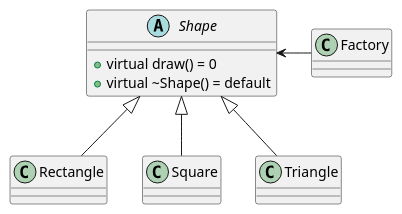
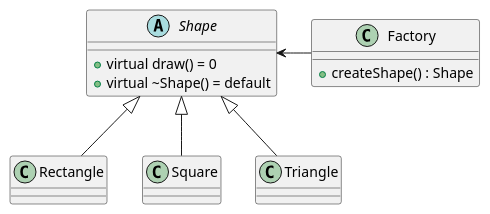
Before and after one commit to singhgaurav1302/DesignPatterns: the diagram in Factory/factory_method.puml, drawn with PlantUML.

```diff
--- a/Factory/factory_method.puml
+++ b/Factory/factory_method.puml
@@ -1,16 +1,19 @@
 @startuml
-class Factory
+class Factory {
+ + createShape() : Shape
+}
+
 abstract Shape {
   + virtual draw() = 0
   + virtual ~Shape() = default
 }
 
 class Rectangle
 class Square
 class Triangle
 
 Shape <-right- Factory
 Shape <|-down- Rectangle
 Shape <|-down- Square
 Shape <|-down- Triangle
 @enduml
```
